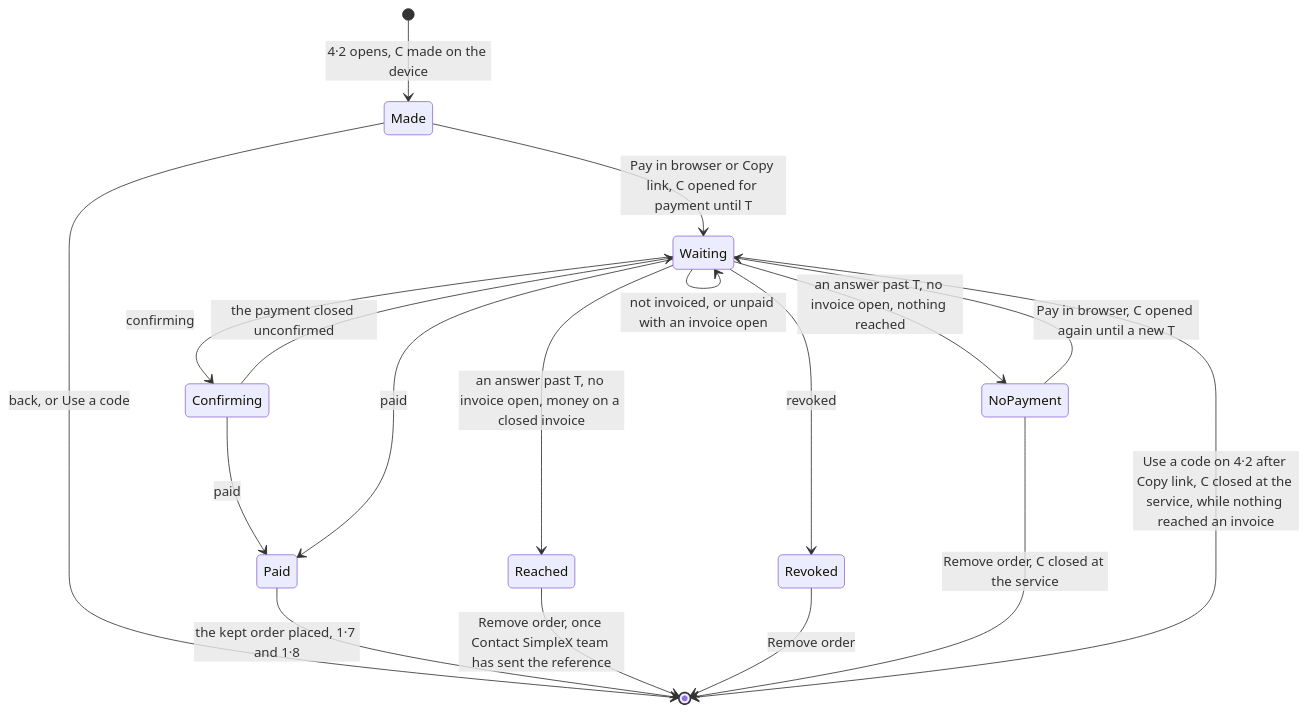
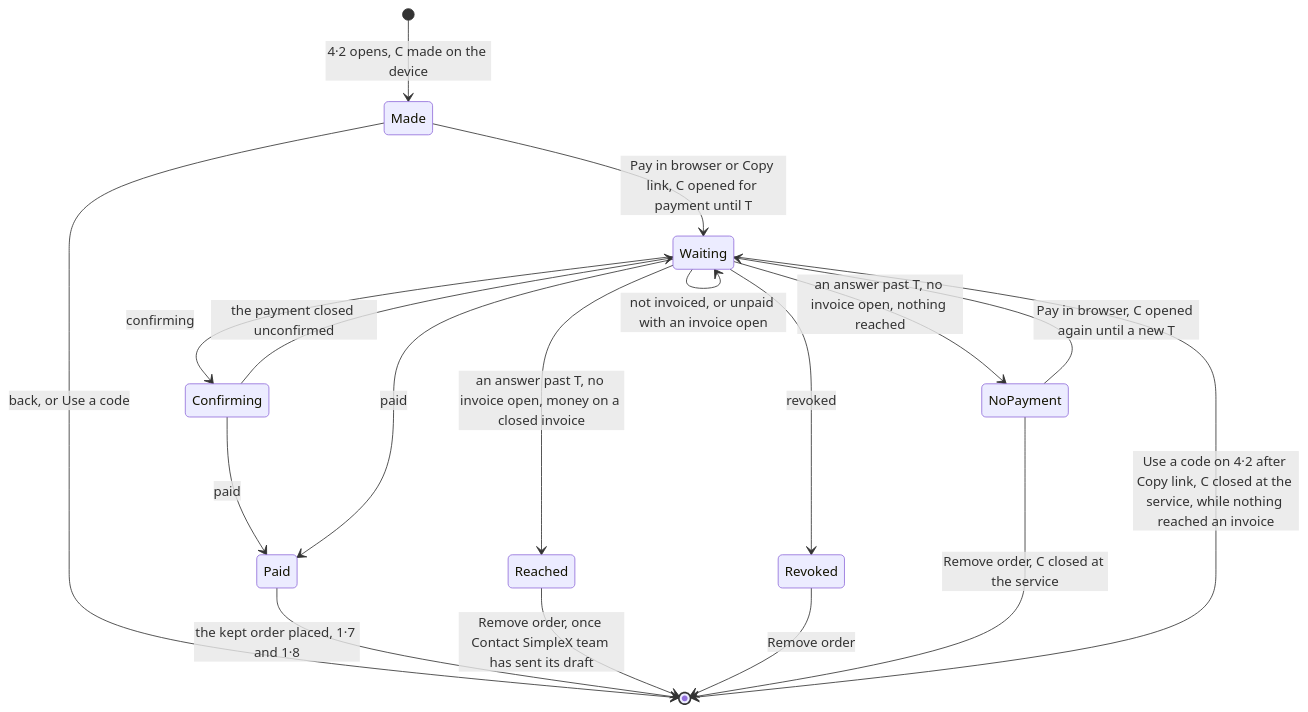
The sixth of 6 diagrams in plans/2026-10-30-names-in-app-purchases.md (simplex-chat/simplex-chat), drawn with Mermaid before and after one commit. The commit also changed other lines of this file, not shown here.

Commit message:
docs: names plan limits browser refunds without a draft, routes late money

````diff
--- a/plans/2026-10-30-names-in-app-purchases.md
+++ b/plans/2026-10-30-names-in-app-purchases.md
@@ -770,20 +796,20 @@
 ```mermaid
 stateDiagram-v2
   [*] --> Made: 4·2 opens, C made on the device
   Made --> [*]: back, or Use a code
   Made --> Waiting: Pay in browser or Copy link, C opened for payment until T
   Waiting --> Waiting: not invoiced, or unpaid with an invoice open
   Waiting --> Confirming: confirming
   Confirming --> Paid: paid
   Waiting --> Paid: paid
   Confirming --> Waiting: the payment closed unconfirmed
   Paid --> [*]: the kept order placed, 1·7 and 1·8
   Waiting --> Reached: an answer past T, no invoice open, money on a closed invoice
   Waiting --> NoPayment: an answer past T, no invoice open, nothing reached
   Waiting --> Revoked: revoked
-  Reached --> [*]: Remove order, once Contact SimpleX team has sent the reference
+  Reached --> [*]: Remove order, once Contact SimpleX team has sent its draft
   Revoked --> [*]: Remove order
   NoPayment --> Waiting: Pay in browser, C opened again until a new T
   NoPayment --> [*]: Remove order, C closed at the service
   Waiting --> [*]: Use a code on 4·2 after Copy link, C closed at the service, while nothing reached an invoice
 ```
````
